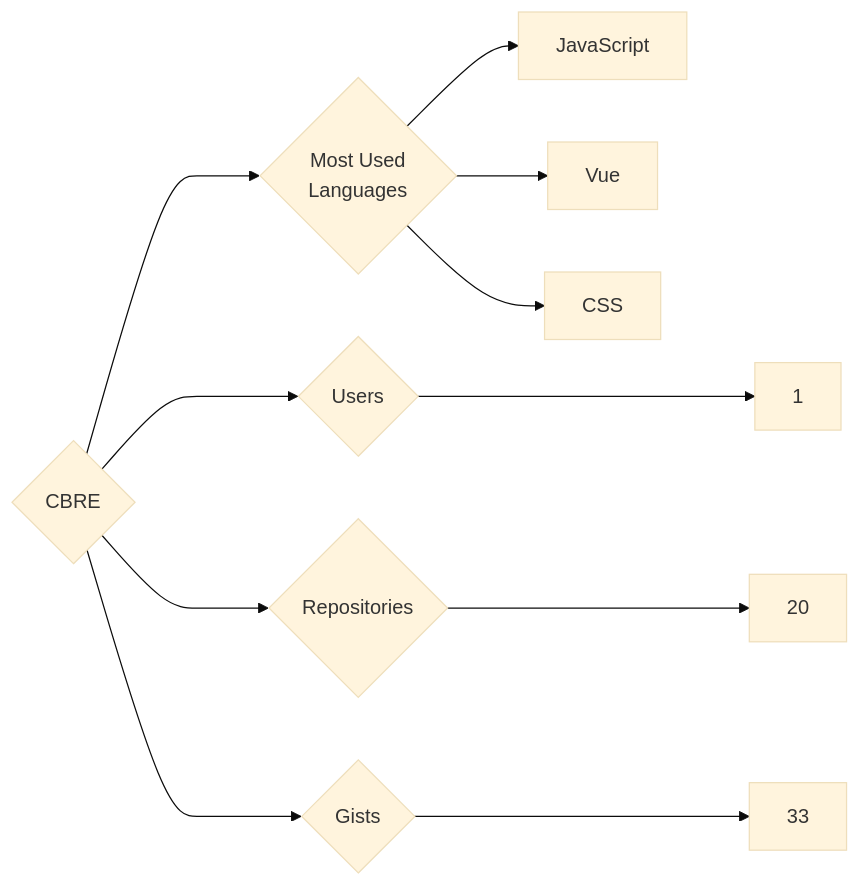
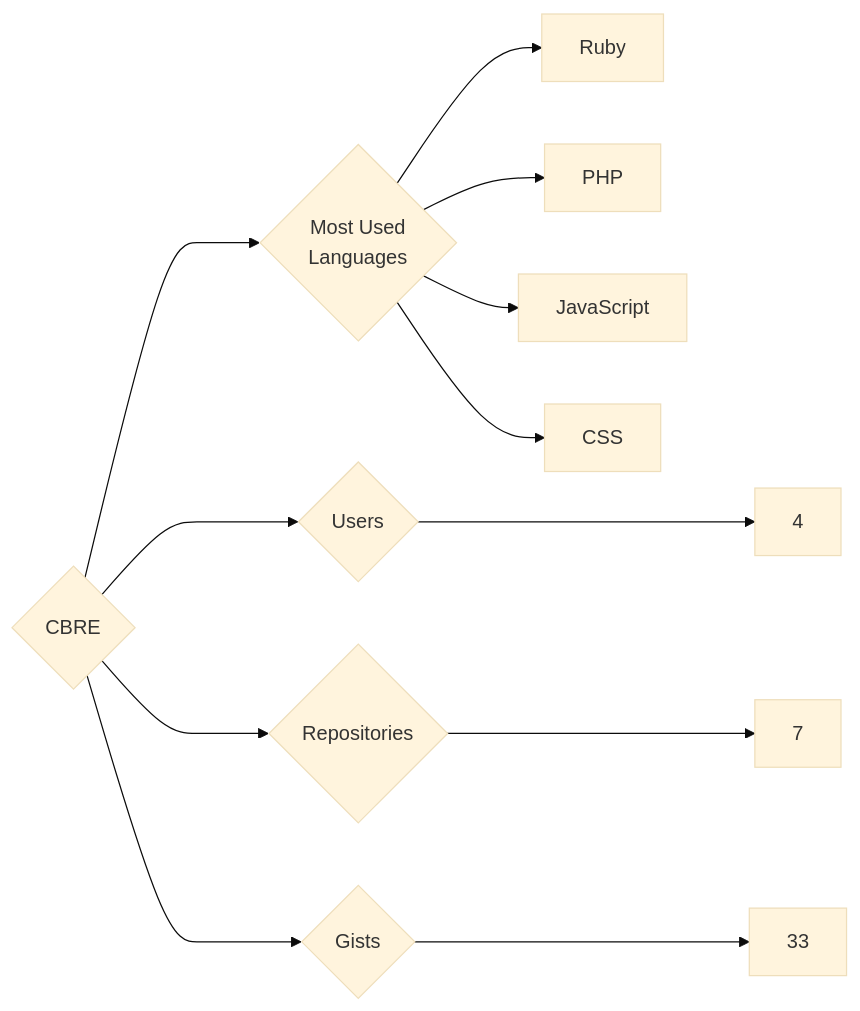
One commit to trickest/insiders changed the diagram in targets/CBRE/README.md. Above: the diagram before and after it, drawn with Mermaid (base theme). The commit also changed 938 other files, not shown here.

````diff
--- a/targets/CBRE/README.md
+++ b/targets/CBRE/README.md
@@ -3,11 +3,12 @@
 ```mermaid
 graph LR
 COMPANY_NAME{CBRE}
-COMPANY_NAME ---> U{Users} ---> UN[1]
-COMPANY_NAME ---> R{Repositories} ---> RN[20]
+COMPANY_NAME ---> U{Users} ---> UN[4]
+COMPANY_NAME ---> R{Repositories} ---> RN[7]
 COMPANY_NAME ---> G{Gists} ---> GN[33]
 COMPANY_NAME ---> ML{Most Used<br>Languages}
+ML --> Ruby[Ruby]
+ML --> PHP[PHP]
 ML --> JavaScript[JavaScript]
-ML --> Vue[Vue]
 ML --> CSS[CSS]
 ```
````
